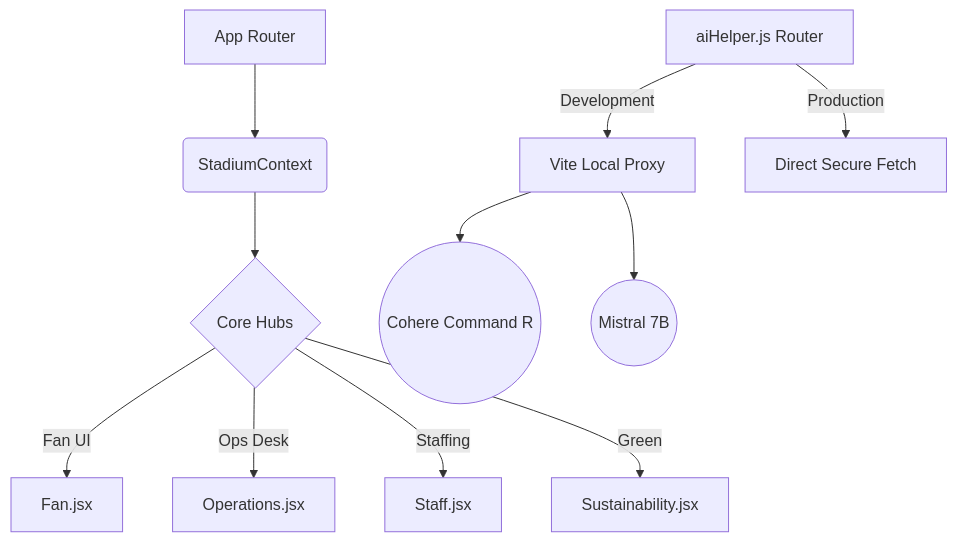
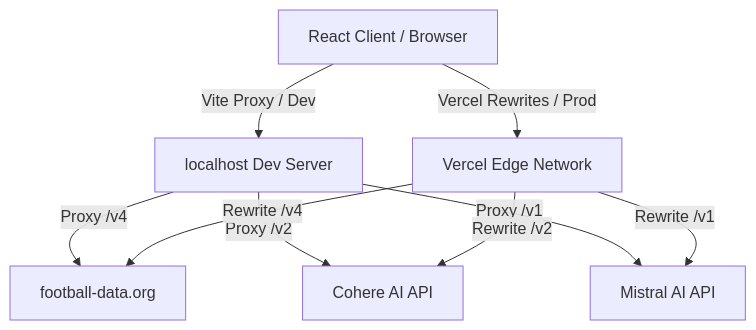
Before and after one commit to meetchauhan17/Smart-Stadiums-Tournament-Operations: the diagram in README.md, drawn with Mermaid. The commit also changed other lines of this file, not shown here.

Commit message:
docs: update README.md with detailed, modern documentation of architecture, animations, and Lighthouse optimization achievements

````diff
--- a/README.md
+++ b/README.md
@@ -72,15 +58,13 @@
 ```mermaid
 graph TD
-    A[App Router] --> B(StadiumContext)
-    B --> C{Core Hubs}
-    C -->|Fan UI| D[Fan.jsx]
-    C -->|Ops Desk| E[Operations.jsx]
-    C -->|Staffing| F[Staff.jsx]
-    C -->|Green| G[Sustainability.jsx]
+    A[React Client / Browser] -->|Vite Proxy / Dev| B[localhost Dev Server]
+    A -->|Vercel Rewrites / Prod| C[Vercel Edge Network]
     
-    H[aiHelper.js Router] -->|Development| I[Vite Local Proxy]
-    H -->|Production| J[Direct Secure Fetch]
+    B -->|Proxy /v4| D[football-data.org]
+    B -->|Proxy /v2| E[Cohere AI API]
+    B -->|Proxy /v1| F[Mistral AI API]
     
-    I --> K((Cohere Command R))
-    I --> L((Mistral 7B))
+    C -->|Rewrite /v4| D
+    C -->|Rewrite /v2| E
+    C -->|Rewrite /v1| F
 ```
````
